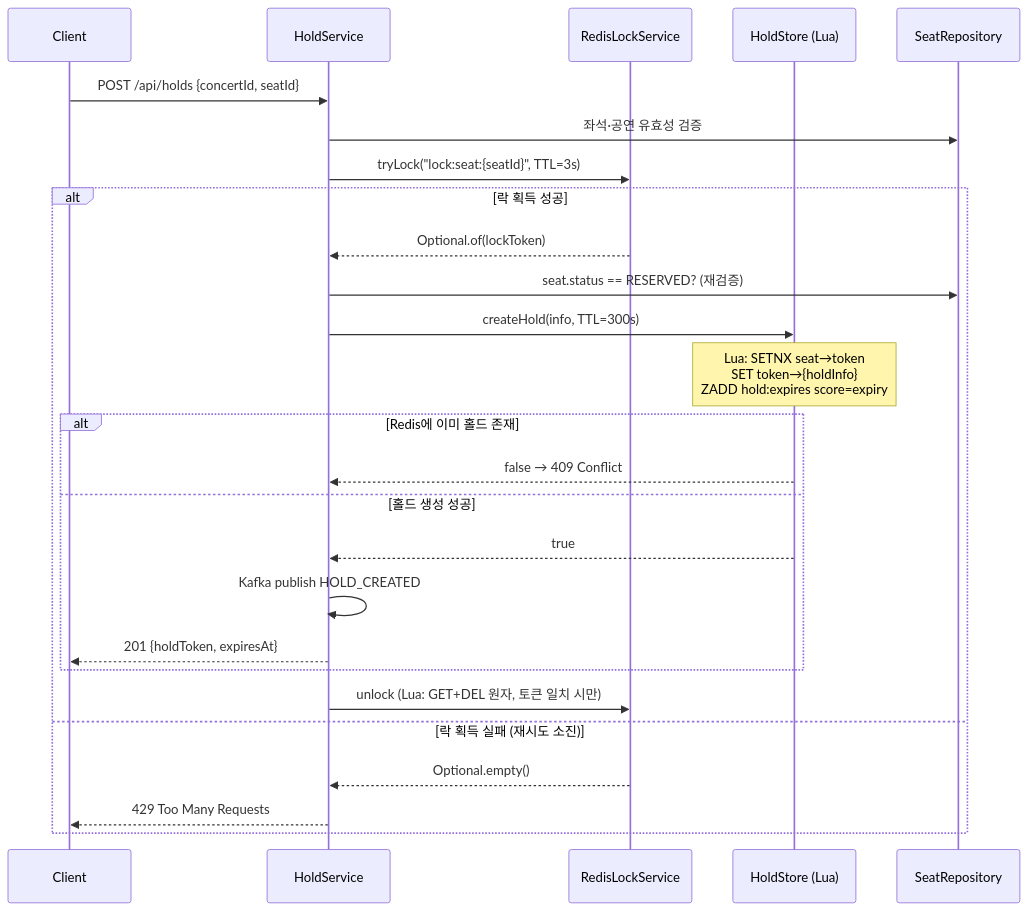
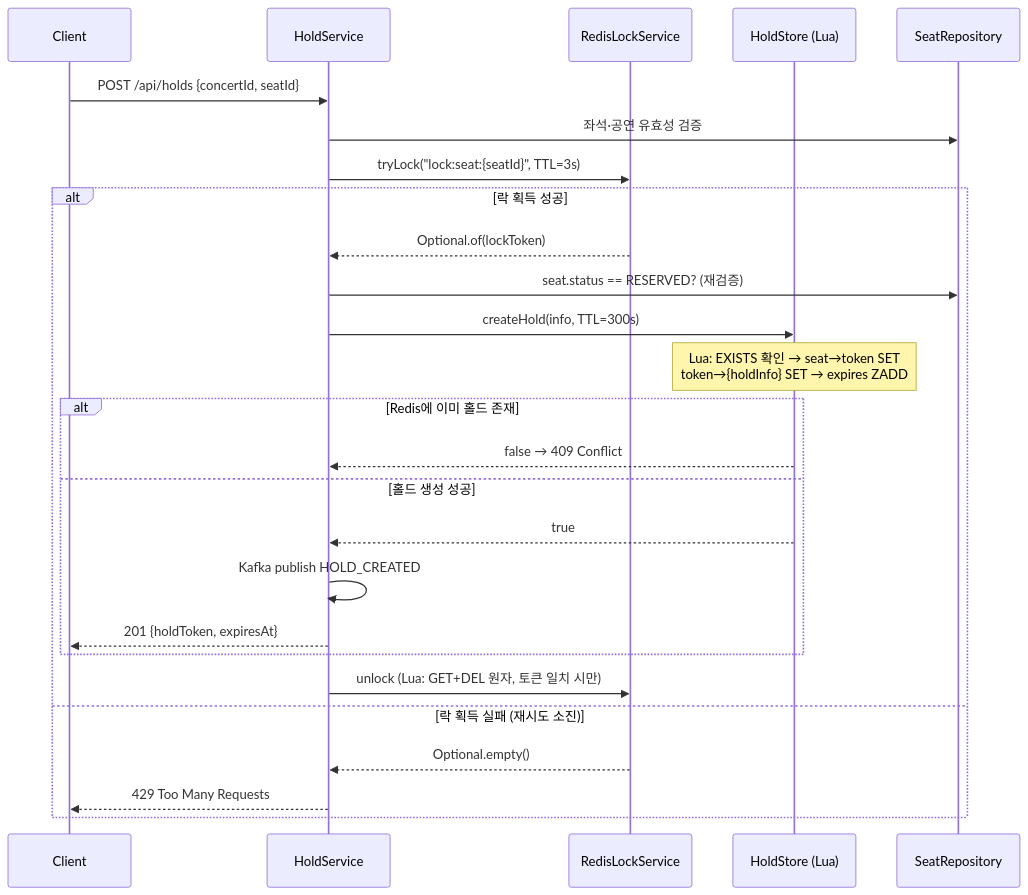
Before and after one commit to kiy3035/Ticketing: the second of 6 diagrams in docs/backend-portfolio.md, drawn with Mermaid. The commit also changed other lines of this file and 13 other files, not shown here.

````diff
--- a/docs/backend-portfolio.md
+++ b/docs/backend-portfolio.md
@@ -306,30 +168,30 @@
 ```mermaid
 sequenceDiagram
     participant C as Client
     participant HS as HoldService
     participant Lock as RedisLockService
     participant Store as HoldStore (Lua)
     participant DB as SeatRepository
 
     C->>HS: POST /api/holds {concertId, seatId}
     HS->>DB: 좌석·공연 유효성 검증
 
     HS->>Lock: tryLock("lock:seat:{seatId}", TTL=3s)
     alt 락 획득 성공
         Lock-->>HS: Optional.of(lockToken)
         HS->>DB: seat.status == RESERVED? (재검증)
         HS->>Store: createHold(info, TTL=300s)
-        Note over Store: Lua: SETNX seat→token<br/>SET token→{holdInfo}<br/>ZADD hold:expires score=expiry
+        Note over Store: Lua: EXISTS 확인 → seat→token SET<br/>token→{holdInfo} SET → expires ZADD
         alt Redis에 이미 홀드 존재
             Store-->>HS: false → 409 Conflict
         else 홀드 생성 성공
             Store-->>HS: true
             HS->>HS: Kafka publish HOLD_CREATED
             HS-->>C: 201 {holdToken, expiresAt}
         end
         HS->>Lock: unlock (Lua: GET+DEL 원자, 토큰 일치 시만)
     else 락 획득 실패 (재시도 소진)
         Lock-->>HS: Optional.empty()
         HS-->>C: 429 Too Many Requests
     end
 ```
````
